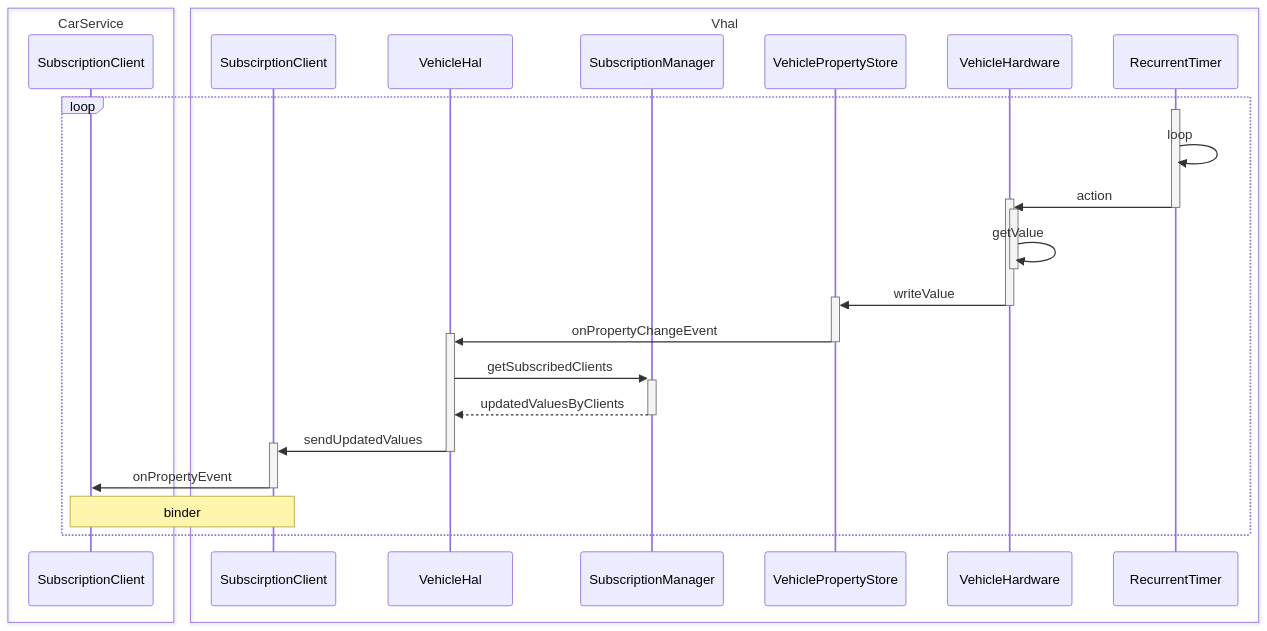
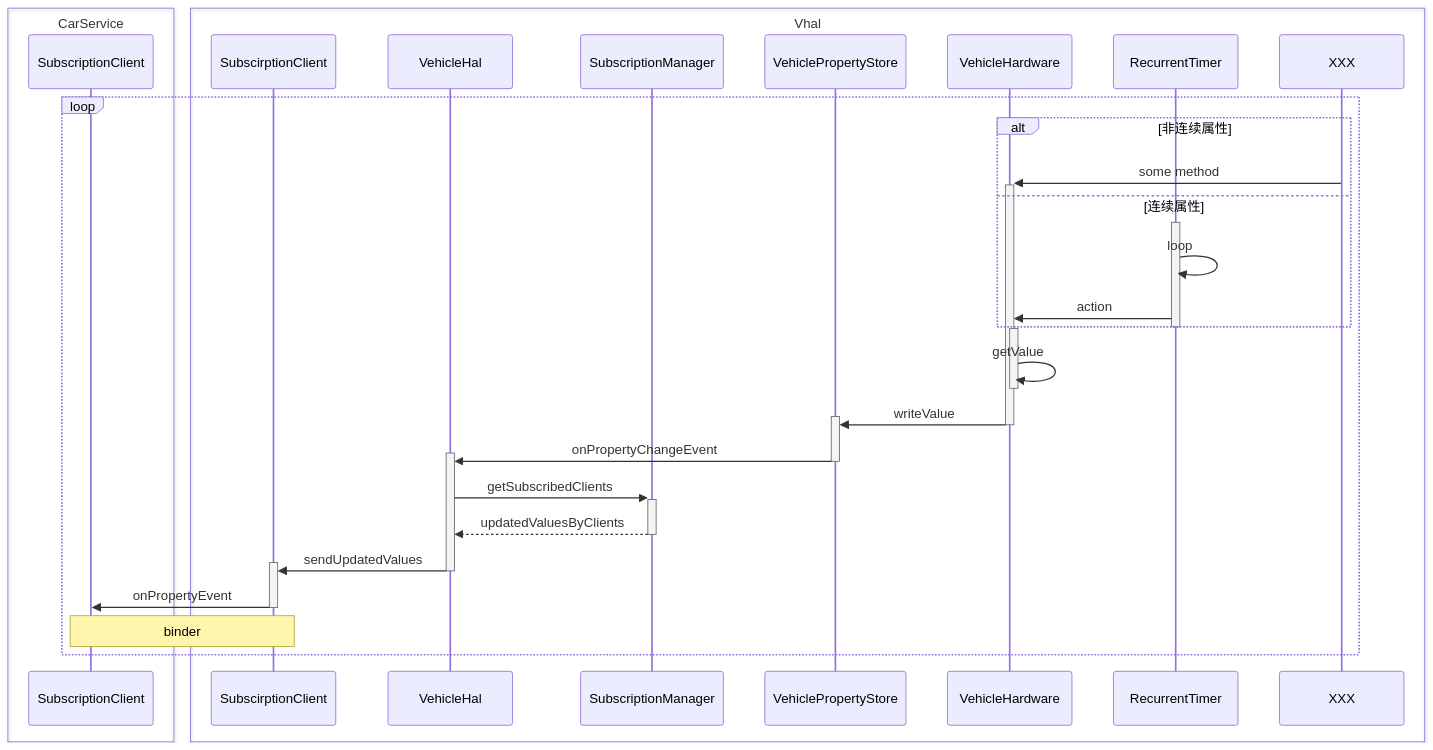
The fourth of 4 diagrams in _posts/2025-9-8-vhal_subscribe.md (braisedp/braisedp.github.io), drawn with Mermaid before and after one commit. The commit also changed other lines of this file and 2 other files, not shown here.

````diff
--- a/_posts/2025-9-8-vhal_subscribe.md
+++ b/_posts/2025-9-8-vhal_subscribe.md
@@ -961,36 +970,41 @@
 ```mermaid
 sequenceDiagram
 box CarService
 participant SCl as SubscriptionClient
 end
 box Vhal
 participant SCli as SubscirptionClient
 participant VH as VehicleHal
 participant SM as SubscriptionManager
 participant VPS as VehiclePropertyStore
 participant VHw as VehicleHardware
 participant RT as RecurrentTimer
+participant XXX
 end
 
 loop 
+alt 非连续属性
+XXX ->>+ VHw: some method
+else 连续属性
 activate RT
 RT->>RT: loop
-RT->>+VHw: action
+RT->>VHw: action
+end
 deactivate RT
 activate VHw
 VHw->>VHw: getValue
 deactivate VHw
 VHw->>+VPS: writeValue
 deactivate VHw
 VPS->>+VH: onPropertyChangeEvent
 deactivate VPS
 VH->>+SM: getSubscribedClients
 SM-->>VH: updatedValuesByClients
 deactivate SM
 VH->>+SCli: sendUpdatedValues
 deactivate VH
 SCli->> SCl: onPropertyEvent
 deactivate SCli
 note over SCli, SCl: binder
 end
 ```
````
